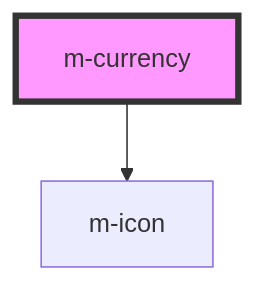
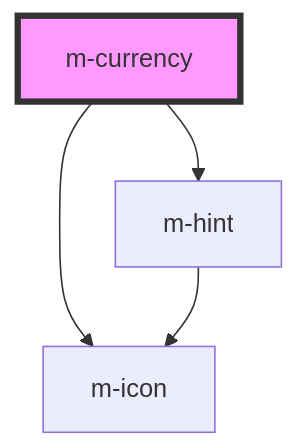
The diagram in design-system/src/components/m-currency/readme.md (dynamic-framework/dynamic-ui), drawn with Mermaid before and after one commit. The commit also changed other lines of this file and 2 other files, not shown here.

Commit message:
chore: add m-hint into m-currency component

````diff
--- a/design-system/src/components/m-currency/readme.md
+++ b/design-system/src/components/m-currency/readme.md
@@ -46,5 +47,7 @@
 ```mermaid
 graph TD;
   m-currency --> m-icon
+  m-currency --> m-hint
+  m-hint --> m-icon
   style m-currency fill:#f9f,stroke:#333,stroke-width:4px
 ```
````
